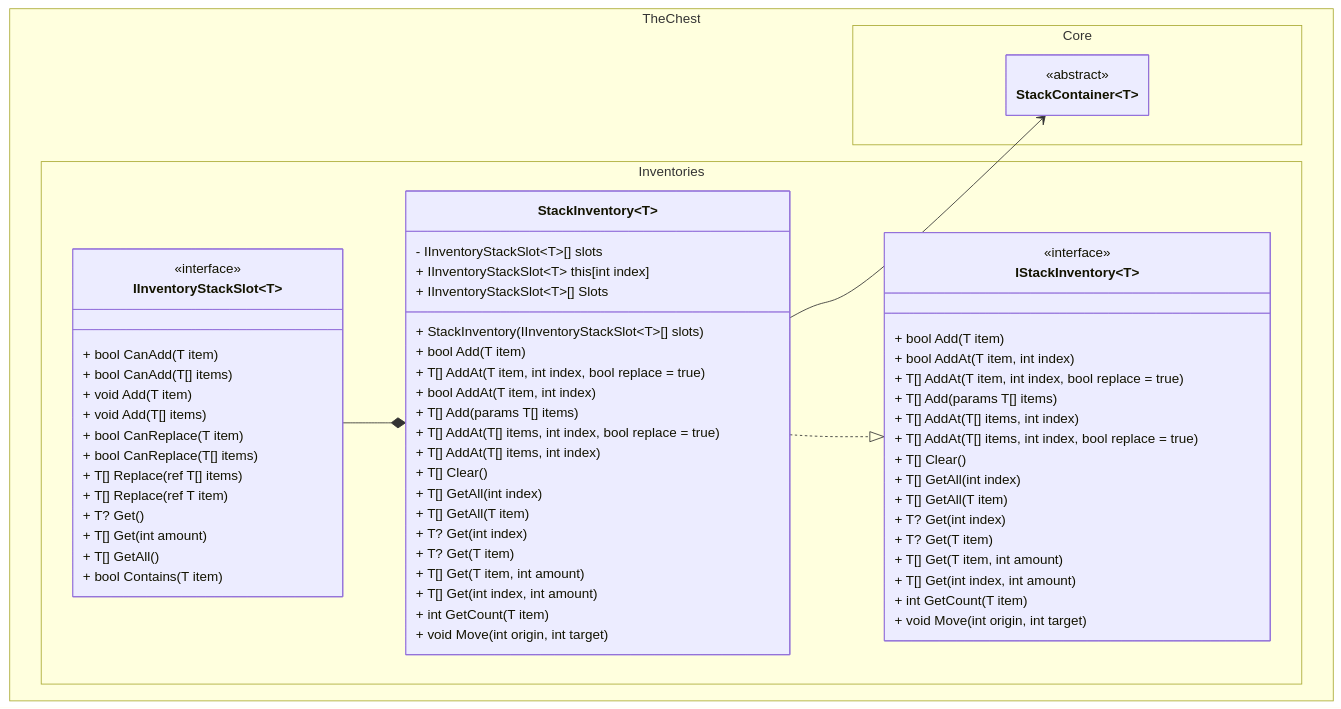
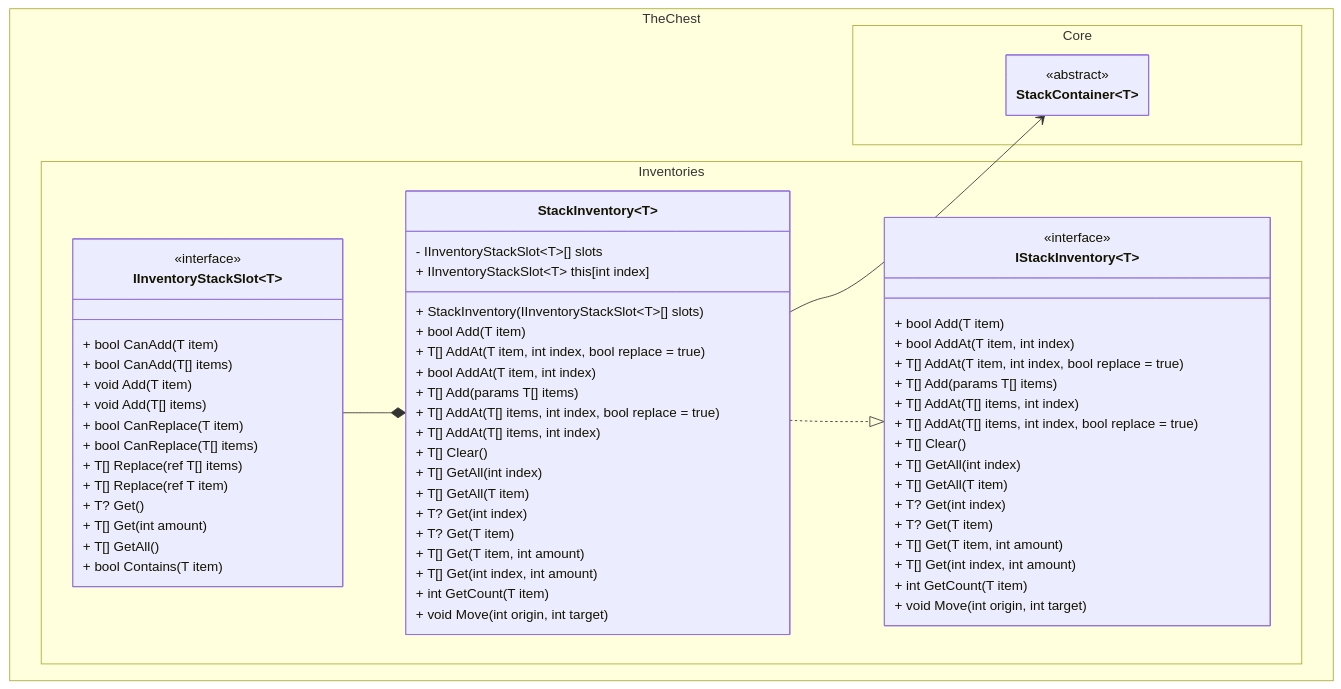
One commit to The-Chest/TheChest.Inventories changed the first of 2 diagrams in docs/stack_inventory/class_diagram.md. Above: the diagram before and after it, drawn with Mermaid. The commit also changed other lines of this file and 4 other files, not shown here.

````diff
--- a/docs/stack_inventory/class_diagram.md
+++ b/docs/stack_inventory/class_diagram.md
@@ -4,77 +4,76 @@
 ```mermaid
 ---
 config:
   theme: mc
   look: classic
   class:
     hideEmptyMembersBox: true
 ---
 classDiagram
 direction TB
     namespace TheChest.Core{
         class StackContainer~T~ {
         }
     }
     
     namespace TheChest.Inventories{
         class StackInventory~T~ {
             - IInventoryStackSlot~T~[] slots
             + IInventoryStackSlot~T~ this[int index]
-            + IInventoryStackSlot~T~[] Slots
             + StackInventory(IInventoryStackSlot~T~[] slots)
             + bool Add(T item)
             + T[] AddAt(T item, int index, bool replace = true)
             + bool AddAt(T item, int index)
             + T[] Add(params T[] items)
             + T[] AddAt(T[] items, int index, bool replace = true)
             + T[] AddAt(T[] items, int index)
             + T[] Clear()
             + T[] GetAll(int index)
             + T[] GetAll(T item)
             + T? Get(int index)
             + T? Get(T item)
             + T[] Get(T item, int amount)
             + T[] Get(int index, int amount)
             + int GetCount(T item)
             + void Move(int origin, int target)
         }    
         class IInventoryStackSlot~T~ {
             + bool CanAdd(T item)
             + bool CanAdd(T[] items)
             + void Add(T item)
             + void Add(T[] items)
             + bool CanReplace(T item)
             + bool CanReplace(T[] items)
             + T[] Replace(ref T[] items)
             + T[] Replace(ref T item)
             + T? Get()
             + T[] Get(int amount)
             + T[] GetAll()
             + bool Contains(T item)
         }
         class IStackInventory~T~ {
             + bool Add(T item)
             + bool AddAt(T item, int index)
             + T[] AddAt(T item, int index, bool replace = true)
             + T[] Add(params T[] items)
             + T[] AddAt(T[] items, int index)
             + T[] AddAt(T[] items, int index, bool replace = true)
             + T[] Clear()
             + T[] GetAll(int index)
             + T[] GetAll(T item)
             + T? Get(int index)
             + T? Get(T item)
             + T[] Get(T item, int amount)
             + T[] Get(int index, int amount)
             + int GetCount(T item)
             + void Move(int origin, int target)
         }
     }
 	<<abstract>> StackContainer
 	<<interface>> IStackInventory
 	<<interface>> IInventoryStackSlot
 
     StackInventory ..|> IStackInventory
     StackInventory --> StackContainer
     IInventoryStackSlot --* StackInventory
 ```
````
